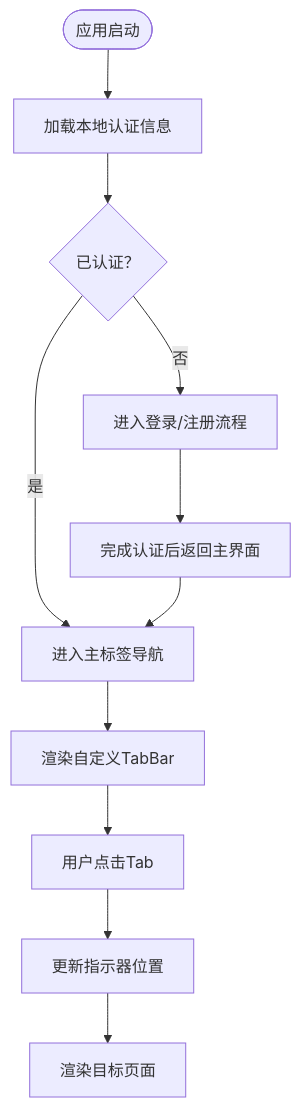
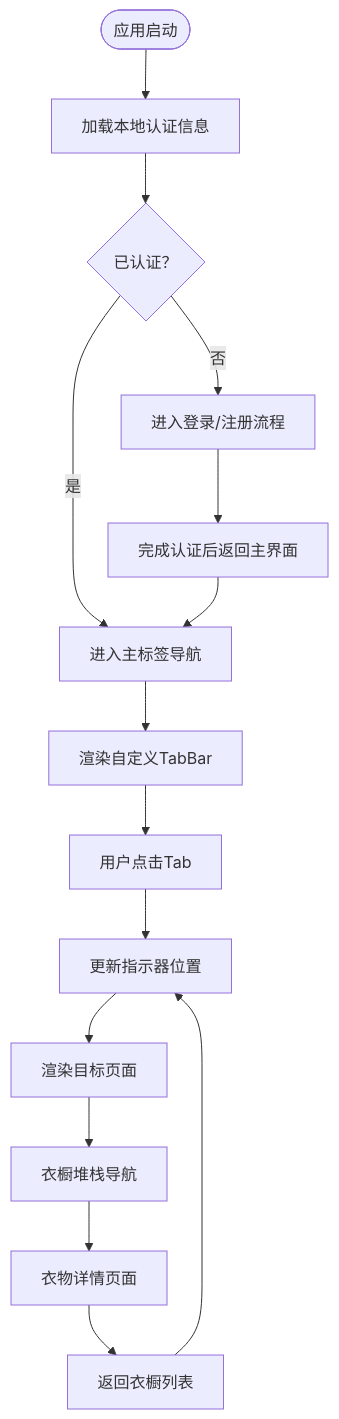
The third of 7 diagrams in .qoder/repowiki/zh/content/前端开发指南/前端开发指南.md (lsqwawa/free-dress), drawn with Mermaid before and after one commit. The commit also changed other lines of this file and 74 other files, not shown here.

````diff
--- a/.qoder/repowiki/zh/content/前端开发指南/前端开发指南.md
+++ b/.qoder/repowiki/zh/content/前端开发指南/前端开发指南.md
@@ -167,13 +230,17 @@
 ```mermaid
 flowchart TD
 Start(["应用启动"]) --> LoadAuth["加载本地认证信息"]
 LoadAuth --> HasAuth{"已认证？"}
 HasAuth --> |是| MainTabs["进入主标签导航"]
 HasAuth --> |否| AuthFlow["进入登录/注册流程"]
 MainTabs --> CustomTab["渲染自定义TabBar"]
 CustomTab --> Navigate["用户点击Tab"]
 Navigate --> UpdateIndicator["更新指示器位置"]
 UpdateIndicator --> RenderPage["渲染目标页面"]
+RenderPage --> WardrobeStack["衣橱堆栈导航"]
+WardrobeStack --> DetailPage["衣物详情页面"]
+DetailPage --> BackToList["返回衣橱列表"]
+BackToList --> UpdateIndicator
 AuthFlow --> CompleteAuth["完成认证后返回主界面"]
 CompleteAuth --> MainTabs
 ```
````
